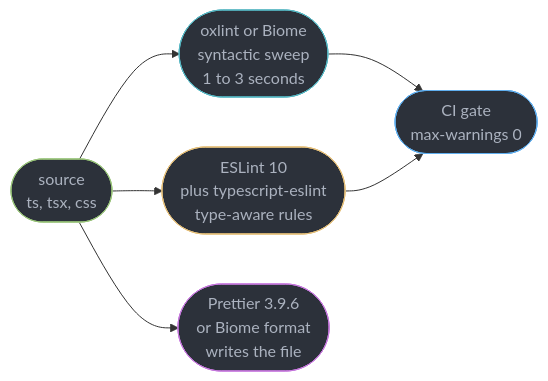
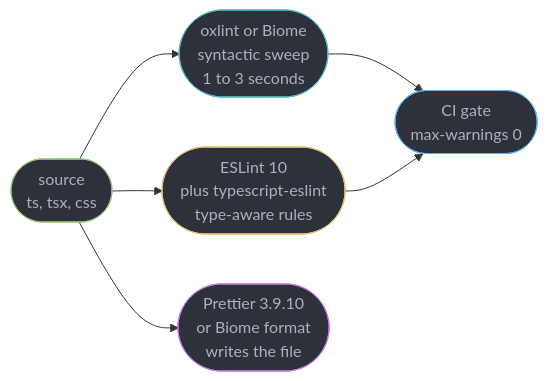
One commit to rppol/system-design changed the first of 6 diagrams in src/main/java/com/rutik/systemdesign/frontend_platform/linting_formatting_and_code_quality/linting_formatting_and_code_quality.md. Above: the diagram before and after it, drawn with Mermaid. The commit also changed other lines of this file and 655 other files, not shown here.

````diff
--- a/src/main/java/com/rutik/systemdesign/frontend_platform/linting_formatting_and_code_quality/linting_formatting_and_code_quality.md
+++ b/src/main/java/com/rutik/systemdesign/frontend_platform/linting_formatting_and_code_quality/linting_formatting_and_code_quality.md
@@ -109,21 +109,21 @@
 ```mermaid
 flowchart LR
     classDef src fill:#2c313a,stroke:#98c379,color:#abb2bf
     classDef fast fill:#2c313a,stroke:#56b6c2,color:#abb2bf
     classDef slow fill:#2c313a,stroke:#e5c07b,color:#abb2bf
     classDef fmt fill:#2c313a,stroke:#c678dd,color:#abb2bf
     classDef gate fill:#2c313a,stroke:#61afef,color:#abb2bf
     SRC(["source<br/>ts, tsx, css"])
     OX(["oxlint or Biome<br/>syntactic sweep<br/>1 to 3 seconds"])
     ES(["ESLint 10<br/>plus typescript-eslint<br/>type-aware rules"])
-    PR(["Prettier 3.9.6<br/>or Biome format<br/>writes the file"])
+    PR(["Prettier 3.9.10<br/>or Biome format<br/>writes the file"])
     CI(["CI gate<br/>max-warnings 0"])
     SRC --> OX --> CI
     SRC --> ES --> CI
     SRC --> PR
     class SRC src
     class OX fast
     class ES slow
     class PR fmt
     class CI gate
 ```
````
